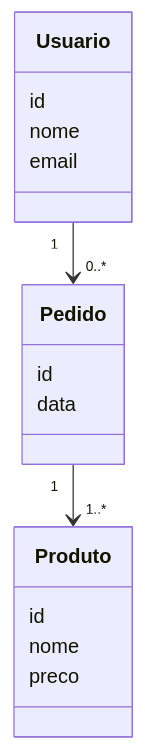
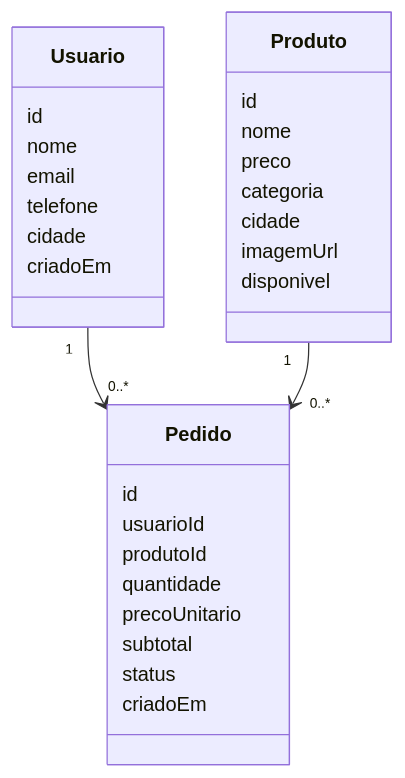
The first of 2 diagrams in docs/diagrama.md (AirtonD/MarketIA), drawn with Mermaid before and after one commit.

Commit message:
Elaborando o UML

````diff
--- a/docs/diagrama.md
+++ b/docs/diagrama.md
@@ -3,22 +3,35 @@
 ```mermaid
 classDiagram
     class Usuario {
         id
         nome
         email
+        telefone
+        cidade
+        criadoEm
     }
 
     class Produto {
         id
         nome
         preco
+        categoria
+        cidade
+        imagemUrl
+        disponivel
     }
 
     class Pedido {
         id
-        data
+        usuarioId
+        produtoId
+        quantidade
+        precoUnitario
+        subtotal
+        status
+        criadoEm
     }
 
     Usuario "1" --> "0..*" Pedido
-    Pedido "1" --> "1..*" Produto
+    Produto "1" --> "0..*" Pedido
 ```
````
